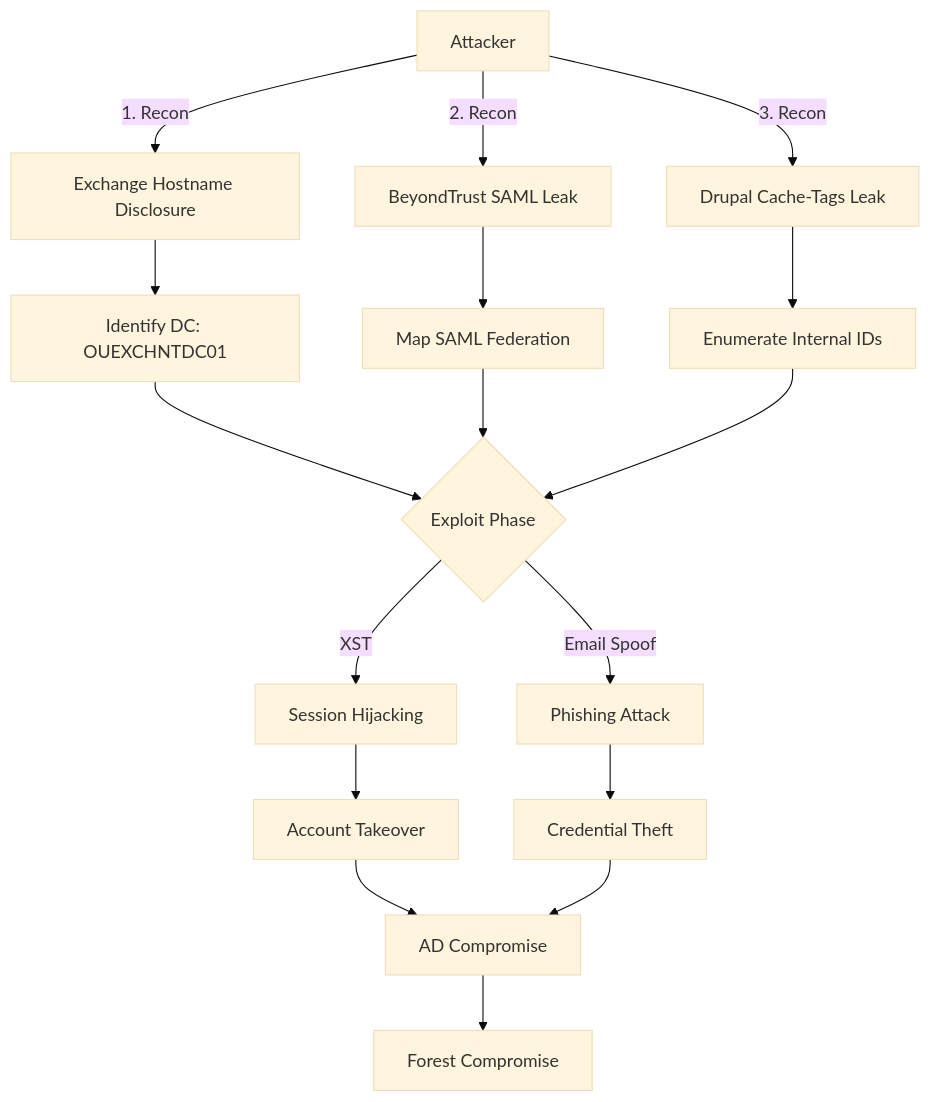
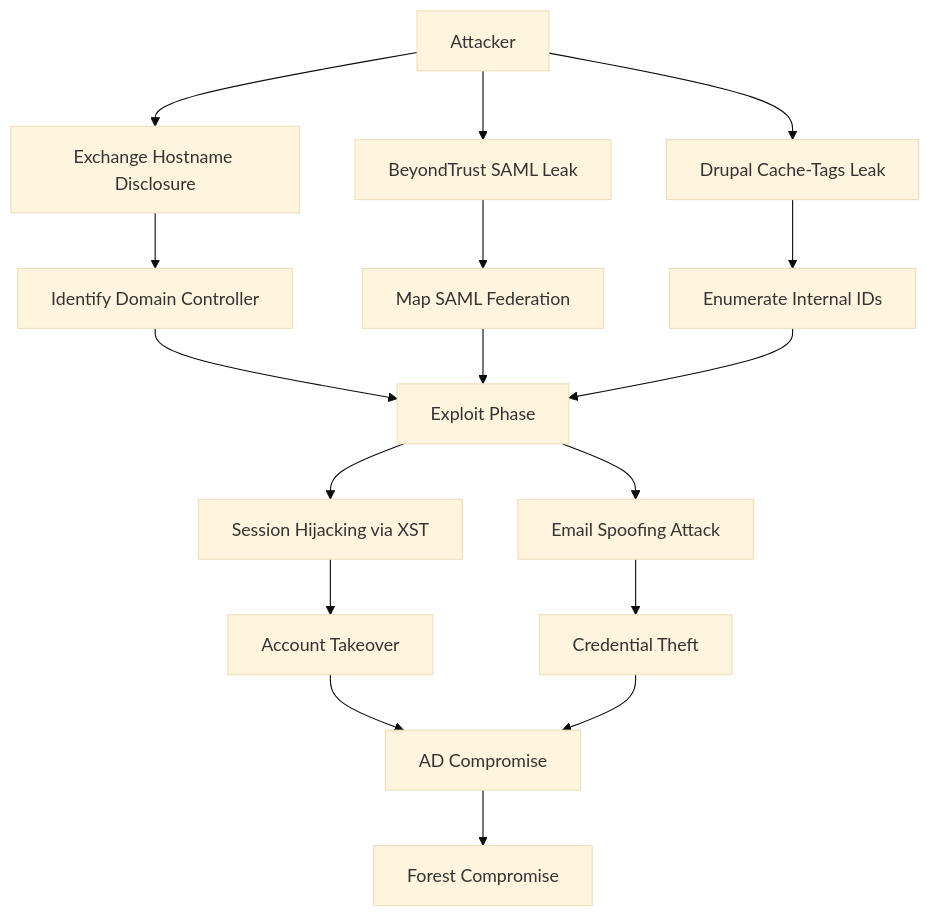
The first of 3 diagrams in README.md (ykrishhh/ou-hunt-report), drawn with Mermaid (base theme) before and after one commit. The commit also changed other lines of this file, not shown here.

Commit message:
fix: simplify mermaid syntax for GitHub rendering

````diff
--- a/README.md
+++ b/README.md
@@ -20,19 +18,19 @@
 ```mermaid
 graph TD
-    A[Attacker] -->|1. Recon| B[Exchange Hostname Disclosure]
-    A -->|2. Recon| C[BeyondTrust SAML Leak]
-    A -->|3. Recon| D[Drupal Cache-Tags Leak]
-    B --> E[Identify DC: OUEXCHNTDC01]
+    A[Attacker] --> B[Exchange Hostname Disclosure]
+    A --> C[BeyondTrust SAML Leak]
+    A --> D[Drupal Cache-Tags Leak]
+    B --> E[Identify Domain Controller]
     C --> F[Map SAML Federation]
     D --> G[Enumerate Internal IDs]
-    E --> H{Exploit Phase}
+    E --> H[Exploit Phase]
     F --> H
     G --> H
-    H -->|XST| I[Session Hijacking]
-    H -->|Email Spoof| J[Phishing Attack]
+    H --> I[Session Hijacking via XST]
+    H --> J[Email Spoofing Attack]
     I --> K[Account Takeover]
     J --> L[Credential Theft]
     K --> M[AD Compromise]
     L --> M
     M --> N[Forest Compromise]
 ```
````
